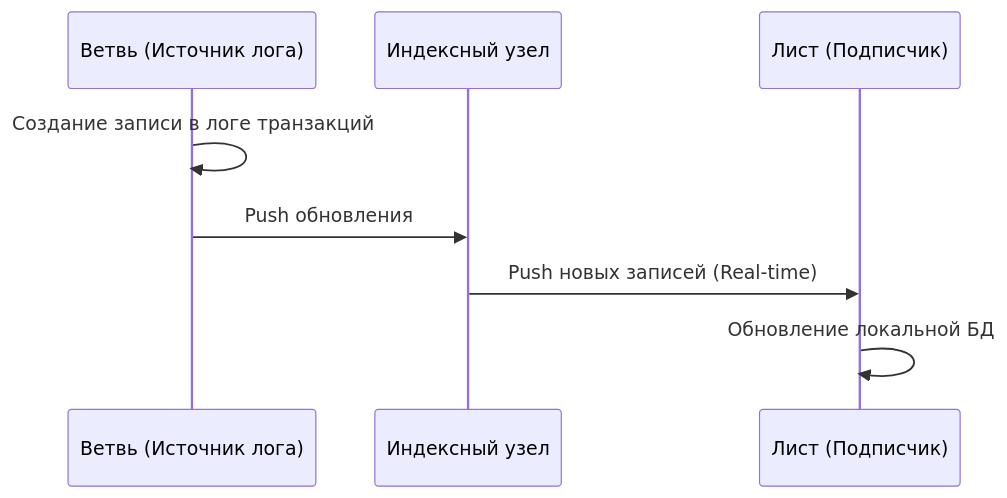
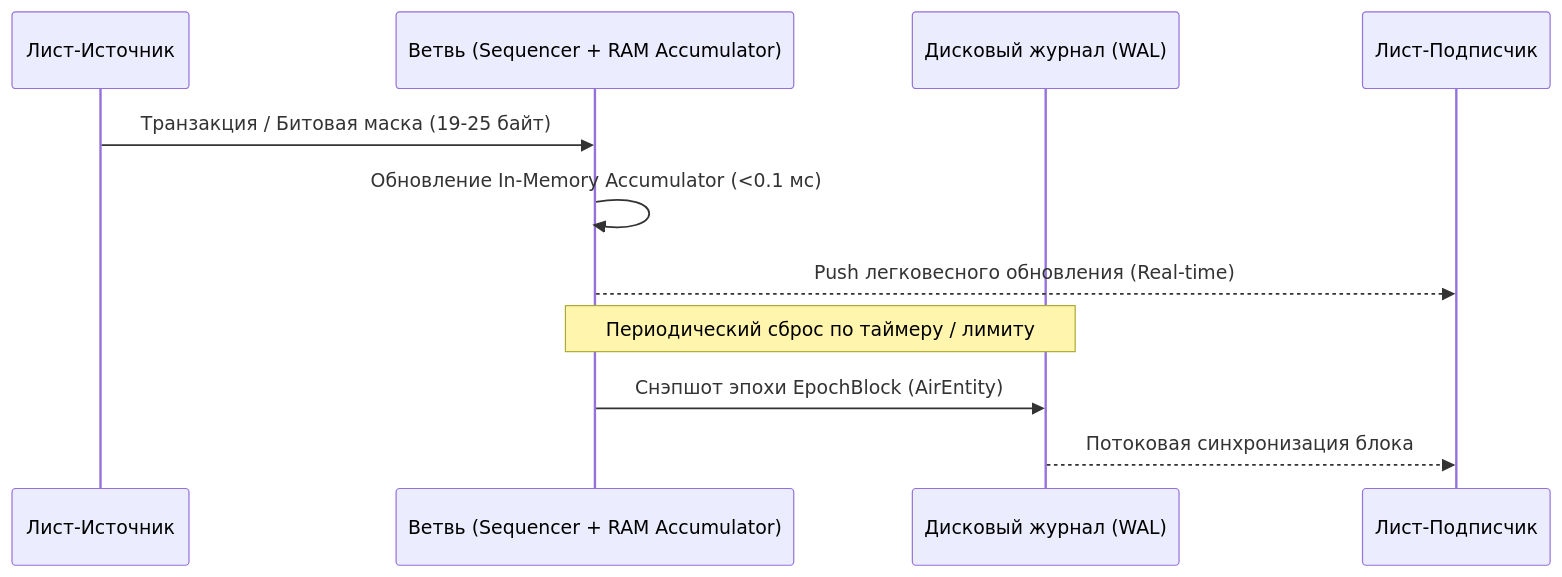
One commit to Data-Independence-Network/presentations changed diagram 14 of 53 in shared_docs/Технический документ платформы Турбаза.md. Above: the diagram before and after it, drawn with Mermaid. The commit also changed other lines of this file and 9 other files, not shown here.

````diff
--- a/shared_docs/Технический документ платформы Турбаза.md
+++ b/shared_docs/Технический документ платформы Турбаза.md
@@ -335,11 +360,14 @@
 ```mermaid
 sequenceDiagram
-    participant Branch as Ветвь (Источник лога)
-    participant Index as Индексный узел
-    participant Leaf as Лист (Подписчик)
+    participant Leaf_Src as Лист-Источник
+    participant Branch as Ветвь (Sequencer + RAM Accumulator)
+    participant WAL as Дисковый журнал (WAL)
+    participant Leaf_Sub as Лист-Подписчик
 
-    Branch->>Branch: Создание записи в логе транзакций
-    Branch->>Index: Push обновления
-    Index->>Leaf: Push новых записей (Real-time)
-    Leaf->>Leaf: Обновление локальной БД
+    Leaf_Src->>Branch: Транзакция / Битовая маска (19-25 байт)
+    Branch->>Branch: Обновление In-Memory Accumulator (<0.1 мс)
+    Branch-->>Leaf_Sub: Push легковесного обновления (Real-time)
+    Note over Branch,WAL: Периодический сброс по таймеру / лимиту
+    Branch->>WAL: Снэпшот эпохи EpochBlock (AirEntity)
+    WAL-->>Leaf_Sub: Потоковая синхронизация блока
 ```
````
